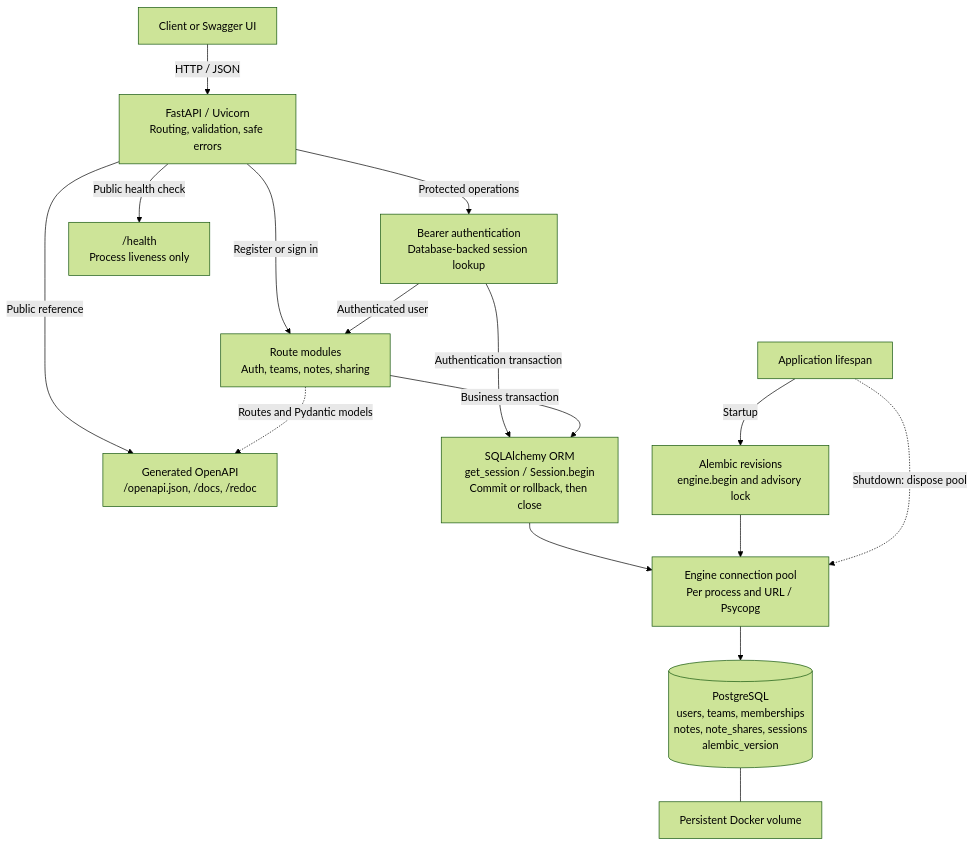
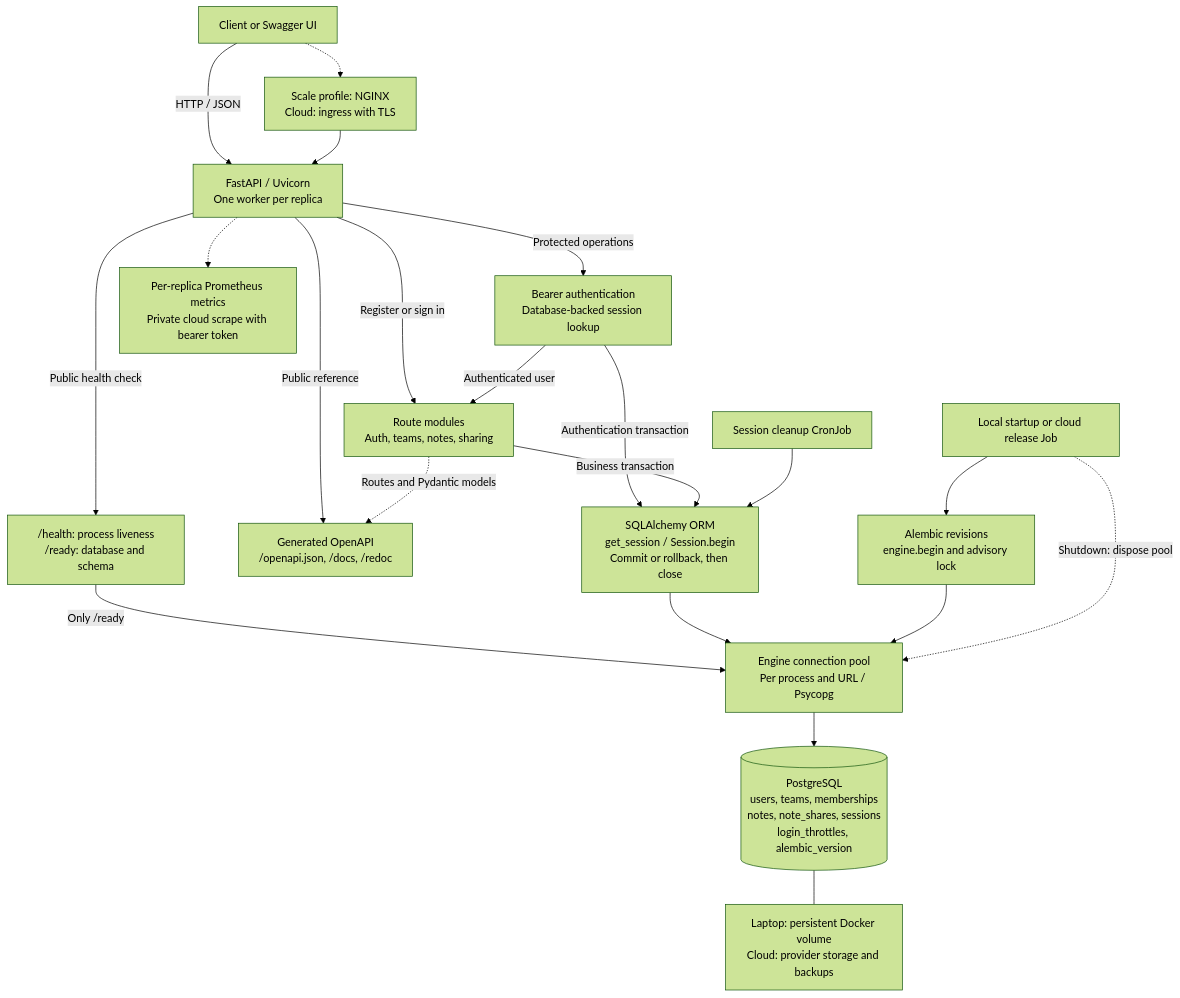
The diagram in README.md (BuraChuhadar/team-notes-api), drawn with Mermaid (forest theme) before and after one commit. The commit also changed other lines of this file and 42 other files, not shown here.

````diff
--- a/README.md
+++ b/README.md
@@ -15,20 +17,25 @@
 ```mermaid
 flowchart TD
-    Client["Client or Swagger UI"] -->|"HTTP / JSON"| API["FastAPI / Uvicorn<br/>Routing, validation, safe errors"]
+    Client["Client or Swagger UI"] -->|"HTTP / JSON"| API["FastAPI / Uvicorn<br/>One worker per replica"]
+    Client -.-> Gateway["Scale profile: NGINX<br/>Cloud: ingress with TLS"]
+    Gateway --> API
     API -->|"Protected operations"| Auth["Bearer authentication<br/>Database-backed session lookup"]
     API -->|"Register or sign in"| Routes["Route modules<br/>Auth, teams, notes, sharing"]
     Auth -->|"Authenticated user"| Routes
-    API -->|"Public health check"| Health["/health<br/>Process liveness only"]
+    API -->|"Public health check"| Health["/health: process liveness<br/>/ready: database and schema"]
+    API -.-> Metrics["Per-replica Prometheus metrics<br/>Private cloud scrape with bearer token"]
+    Health -->|"Only /ready"| Pool
     API -->|"Public reference"| Docs["Generated OpenAPI<br/>/openapi.json, /docs, /redoc"]
     Routes -.->|"Routes and Pydantic models"| Docs
 
     Auth -->|"Authentication transaction"| Tx["SQLAlchemy ORM<br/>get_session / Session.begin<br/>Commit or rollback, then close"]
     Routes -->|"Business transaction"| Tx
+    Maintenance["Session cleanup CronJob"] --> Tx
     Tx --> Pool["Engine connection pool<br/>Per process and URL / Psycopg"]
 
-    Lifecycle["Application lifespan"] -->|"Startup"| Migrate["Alembic revisions<br/>engine.begin and advisory lock"]
+    Lifecycle["Local startup or cloud release Job"] --> Migrate["Alembic revisions<br/>engine.begin and advisory lock"]
     Migrate --> Pool
     Lifecycle -.->|"Shutdown: dispose pool"| Pool
-    Pool --> DB[("PostgreSQL<br/>users, teams, memberships<br/>notes, note_shares, sessions<br/>alembic_version")]
-    DB --- Volume["Persistent Docker volume"]
+    Pool --> DB[("PostgreSQL<br/>users, teams, memberships<br/>notes, note_shares, sessions<br/>login_throttles, alembic_version")]
+    DB --- Volume["Laptop: persistent Docker volume<br/>Cloud: provider storage and backups"]
 ```
````
